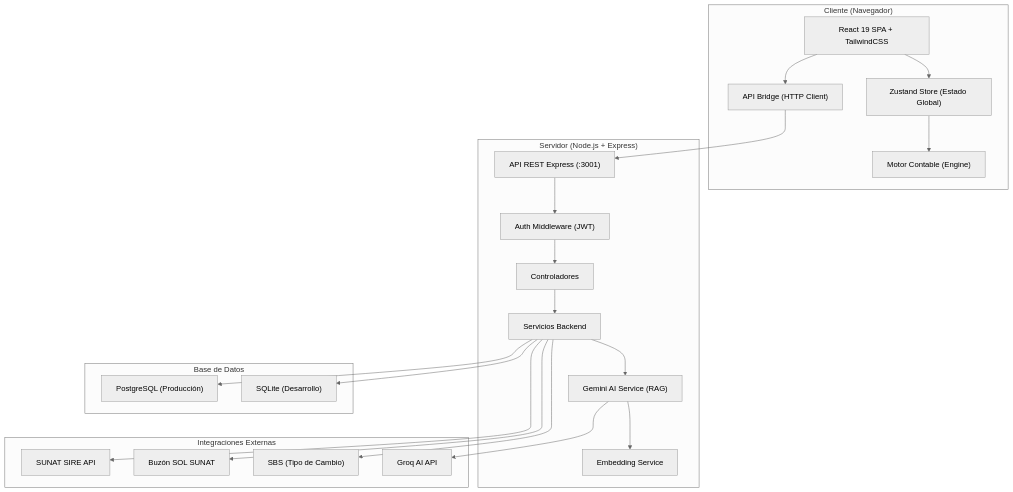
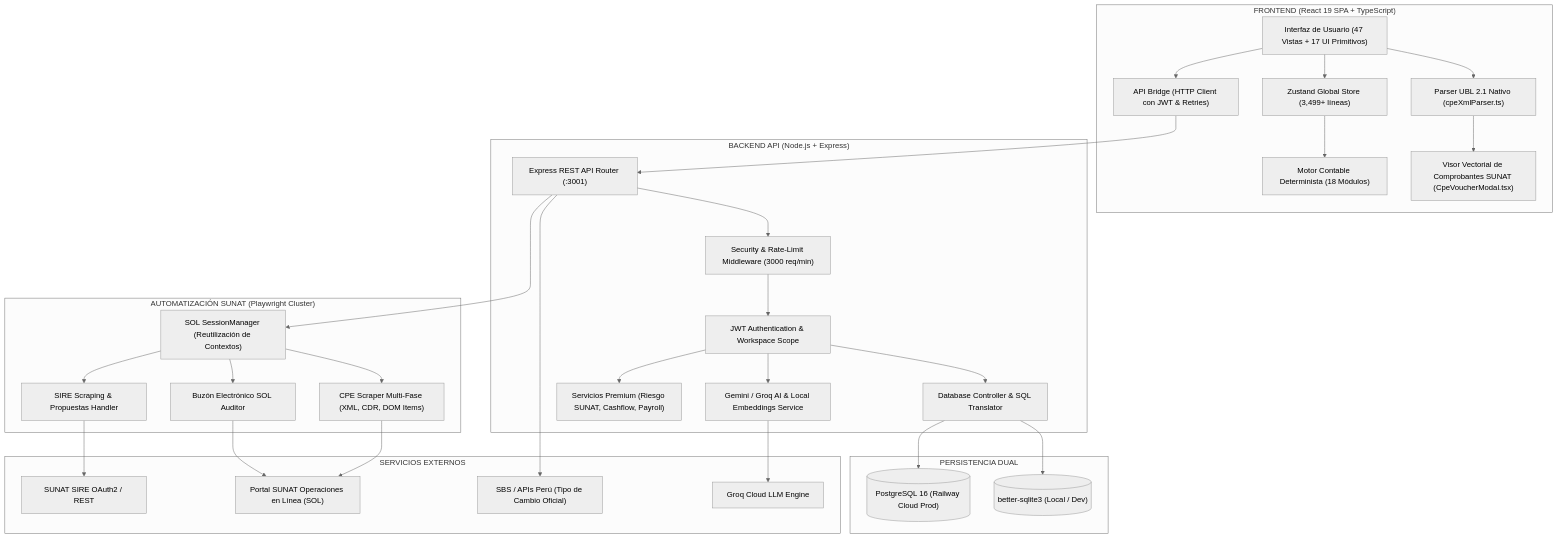
Before and after one commit to aangelo2555/softcontableperu1: the first of 4 diagrams in auditoria.md, drawn with Mermaid (neutral theme). The commit also changed other lines of this file and 2 other files, not shown here.

Commit message:
feat(cpe): agregar barra de desplazamiento horizontal perenne, arrastre con mouse y actualizar auditoria.md

````diff
--- a/auditoria.md
+++ b/auditoria.md
@@ -89,46 +98,66 @@
 ```mermaid
 graph TB
-    subgraph "Cliente (Navegador)"
-        A["React 19 SPA + TailwindCSS"]
-        B["Zustand Store (Estado Global)"]
-        C["Motor Contable (Engine)"]
-        D["API Bridge (HTTP Client)"]
+    subgraph "FRONTEND (React 19 SPA + TypeScript)"
+        UI["Interfaz de Usuario (47 Vistas + 17 UI Primitivos)"]
+        STORE["Zustand Global Store (3,499+ líneas)"]
+        ENGINE["Motor Contable Determinista (18 Módulos)"]
+        UBL_PARSER["Parser UBL 2.1 Nativo (cpeXmlParser.ts)"]
+        CPE_MODAL["Visor Vectorial de Comprobantes SUNAT (CpeVoucherModal.tsx)"]
+        BRIDGE["API Bridge (HTTP Client con JWT & Retries)"]
     end
-    
-    subgraph "Servidor (Node.js + Express)"
-        E["API REST Express (:3001)"]
-        F["Auth Middleware (JWT)"]
-        G["Controladores"]
-        H["Servicios Backend"]
-        I["Gemini AI Service (RAG)"]
-        J["Embedding Service"]
+
+    subgraph "BACKEND API (Node.js + Express)"
+        ROUTER["Express REST API Router (:3001)"]
+        SEC_MW["Security & Rate-Limit Middleware (3000 req/min)"]
+        AUTH_MW["JWT Authentication & Workspace Scope"]
+        DB_CTRL["Database Controller & SQL Translator"]
+        PREMIUM_SVC["Servicios Premium (Riesgo SUNAT, Cashflow, Payroll)"]
+        AI_SVC["Gemini / Groq AI & Local Embeddings Service"]
     end
-    
-    subgraph "Base de Datos"
-        K["PostgreSQL (Producción)"]
-        L["SQLite (Desarrollo)"]
+
+    subgraph "AUTOMATIZACIÓN SUNAT (Playwright Cluster)"
+        SOL_MGR["SOL SessionManager (Reutilización de Contextos)"]
+        SIRE_BOT["SIRE Scraping & Propuestas Handler"]
+        BUZON_BOT["Buzón Electrónico SOL Auditor"]
+        CPE_BOT["CPE Scraper Multi-Fase (XML, CDR, DOM Items)"]
     end
-    
-    subgraph "Integraciones Externas"
-        M["SUNAT SIRE API"]
-        N["Buzón SOL SUNAT"]
-        O["SBS (Tipo de Cambio)"]
-        P["Groq AI API"]
+
+    subgraph "PERSISTENCIA DUAL"
+        PG[("PostgreSQL 16 (Railway Cloud Prod)")]
+        SQLITE[("better-sqlite3 (Local / Dev)")]
     end
-    
-    A --> B
-    B --> C
-    A --> D
-    D --> E
-    E --> F
-    F --> G
-    G --> H
-    H --> I
-    I --> J
-    H --> K
-    H --> L
-    H --> M
-    H --> N
-    H --> O
-    I --> P
+
+    subgraph "SERVICIOS EXTERNOS"
+        SUNAT_API["SUNAT SIRE OAuth2 / REST"]
+        SUNAT_SOL["Portal SUNAT Operaciones en Línea (SOL)"]
+        SBS_API["SBS / APIs Perú (Tipo de Cambio Oficial)"]
+        GROQ_API["Groq Cloud LLM Engine"]
+    end
+
+    UI --> STORE
+    STORE --> ENGINE
+    UI --> UBL_PARSER
+    UBL_PARSER --> CPE_MODAL
+    UI --> BRIDGE
+    BRIDGE --> ROUTER
+
+    ROUTER --> SEC_MW
+    SEC_MW --> AUTH_MW
+    AUTH_MW --> DB_CTRL
+    AUTH_MW --> PREMIUM_SVC
+    AUTH_MW --> AI_SVC
+
+    ROUTER --> SOL_MGR
+    SOL_MGR --> SIRE_BOT
+    SOL_MGR --> BUZON_BOT
+    SOL_MGR --> CPE_BOT
+
+    DB_CTRL --> PG
+    DB_CTRL --> SQLITE
+
+    SIRE_BOT --> SUNAT_API
+    BUZON_BOT --> SUNAT_SOL
+    CPE_BOT --> SUNAT_SOL
+    ROUTER --> SBS_API
+    AI_SVC --> GROQ_API
 ```
````
